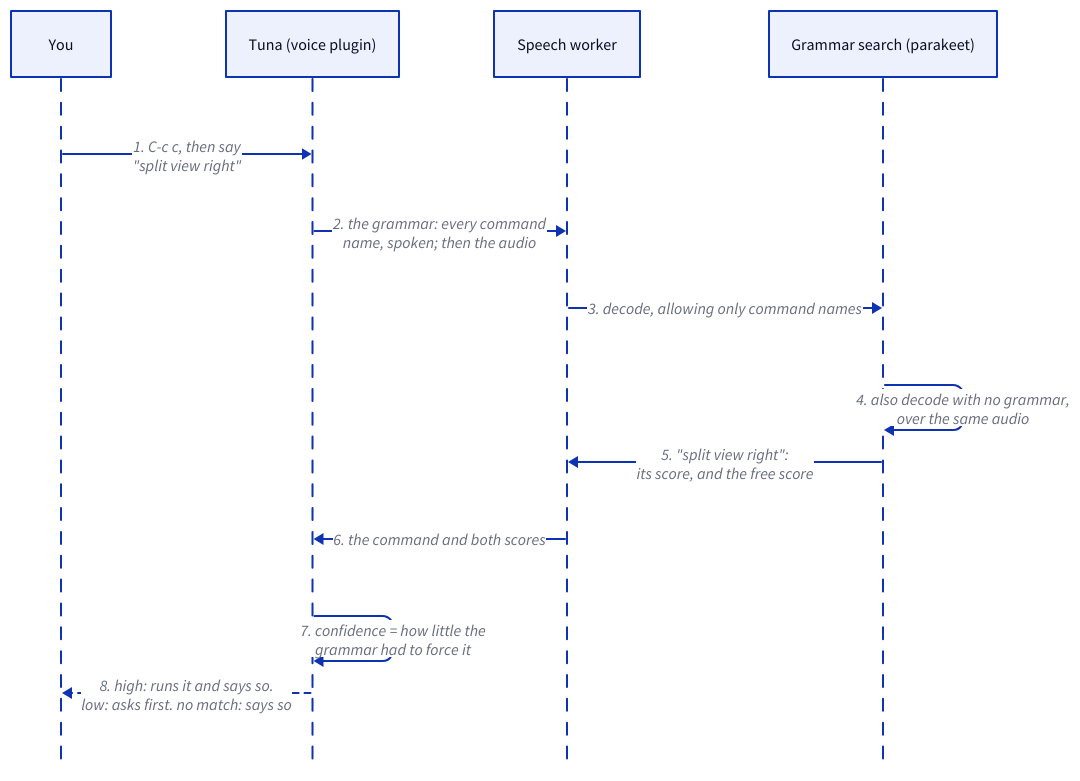
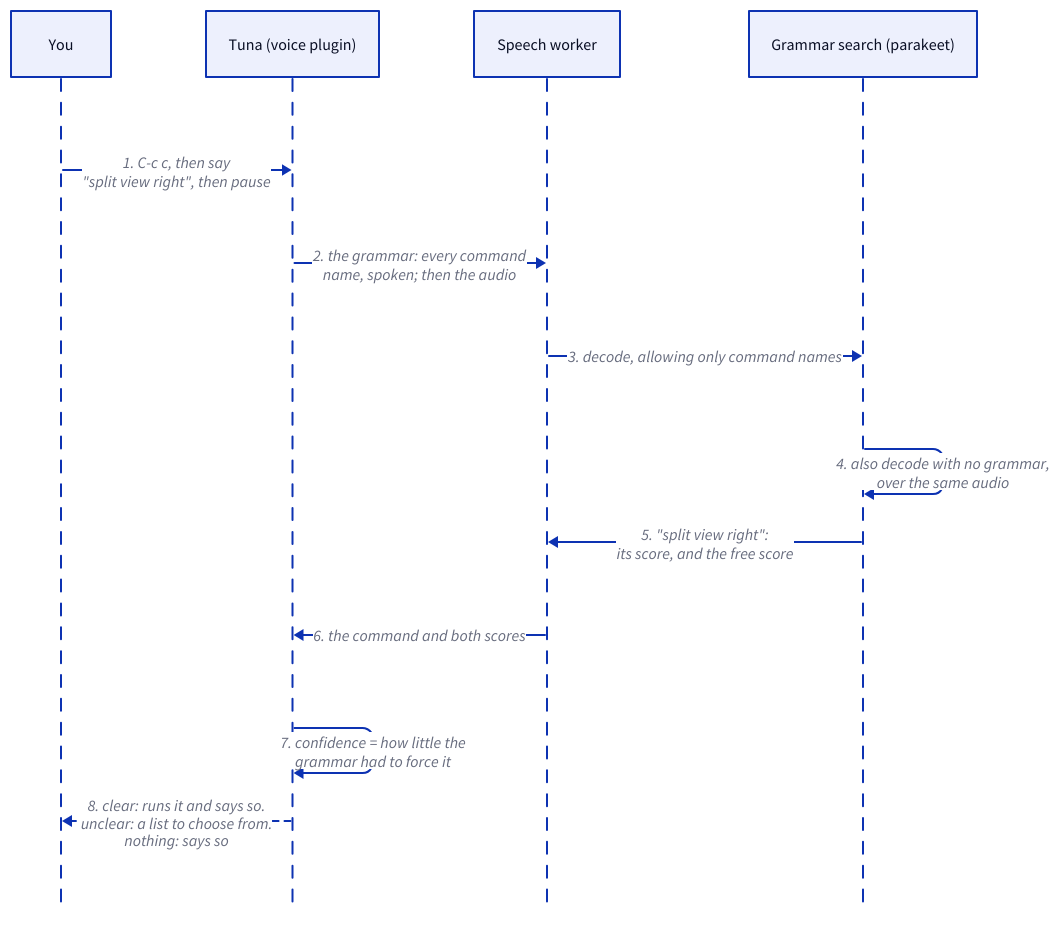
The diagram in docs/diagrams/voice-commands.d2 (jaybonthius/tuna), drawn with D2 before and after one commit. The commit also changed 6 other files, not shown here.

First line of the commit message:
Spoken commands: overview, Emacs equivalents, roadmap, brief and plan

```diff
--- a/docs/diagrams/voice-commands.d2
+++ b/docs/diagrams/voice-commands.d2
@@ -1,24 +1,24 @@
-# How does a spoken command run? (planned)
+# How does a spoken command run? (built 2026-10-24)
 vars: {
   d2-config: {
     layout-engine: dagre
     theme-id: 0
   }
 }
 shape: sequence_diagram
 
 you: You
 tuna: Tuna (voice plugin)
 worker: Speech worker
 search: Grammar search (parakeet)
 
-you -> tuna: "1. C-c c, then say\n\"split view right\""
+you -> tuna: "1. C-c c, then say\n\"split view right\", then pause"
 tuna -> worker: "2. the grammar: every command\nname, spoken; then the audio"
 worker -> search: 3. decode, allowing only command names
 search -> search: "4. also decode with no grammar,\nover the same audio"
 search -> worker: "5. \"split view right\":\nits score, and the free score"
 worker -> tuna: 6. the command and both scores
 tuna -> tuna: "7. confidence = how little the\ngrammar had to force it"
-tuna -> you: "8. high: runs it and says so.\nlow: asks first. no match: says so" {
+tuna -> you: "8. clear: runs it and says so.\nunclear: a list to choose from.\nnothing: says so" {
   style.stroke-dash: 3
 }
```
